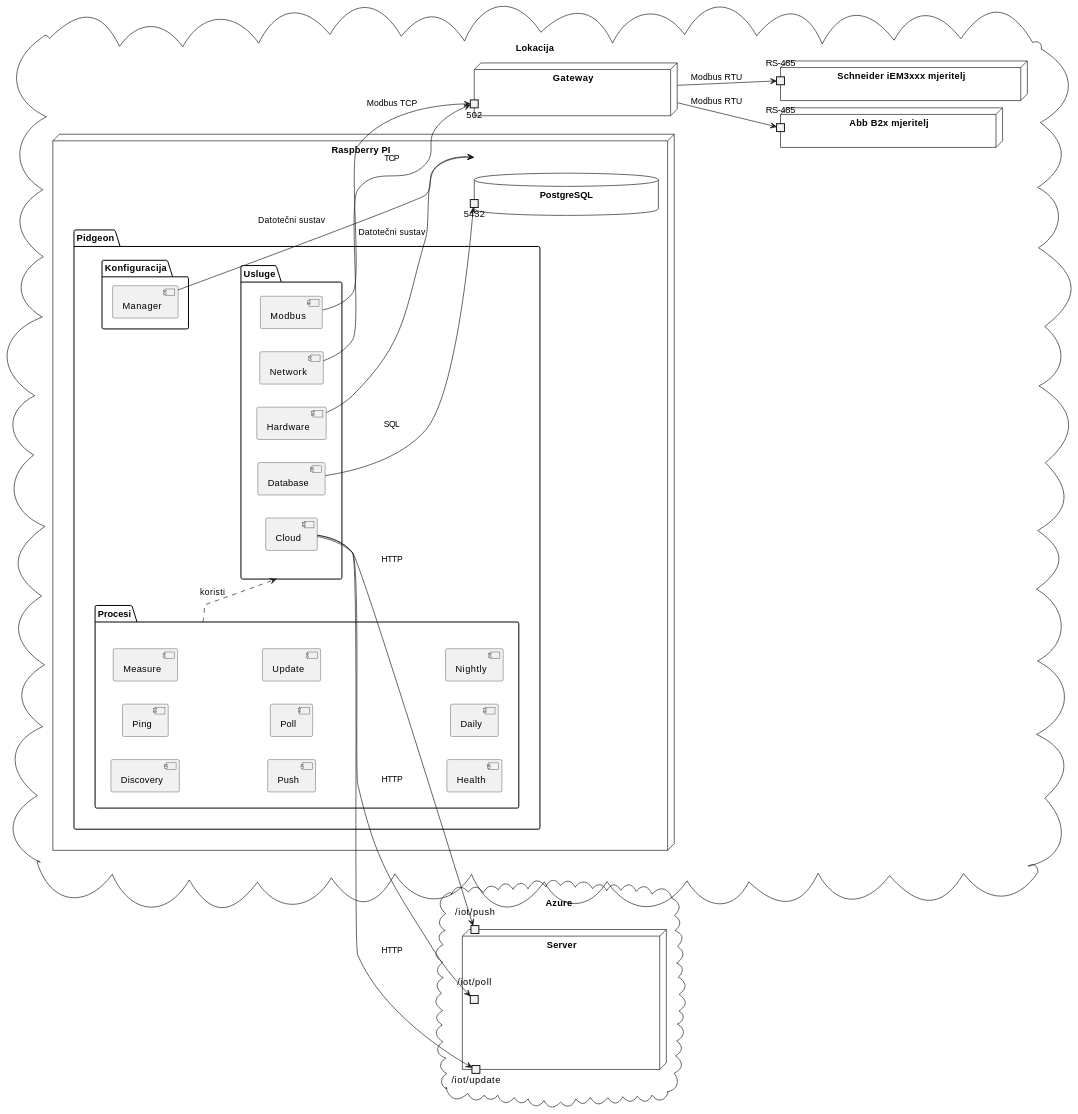
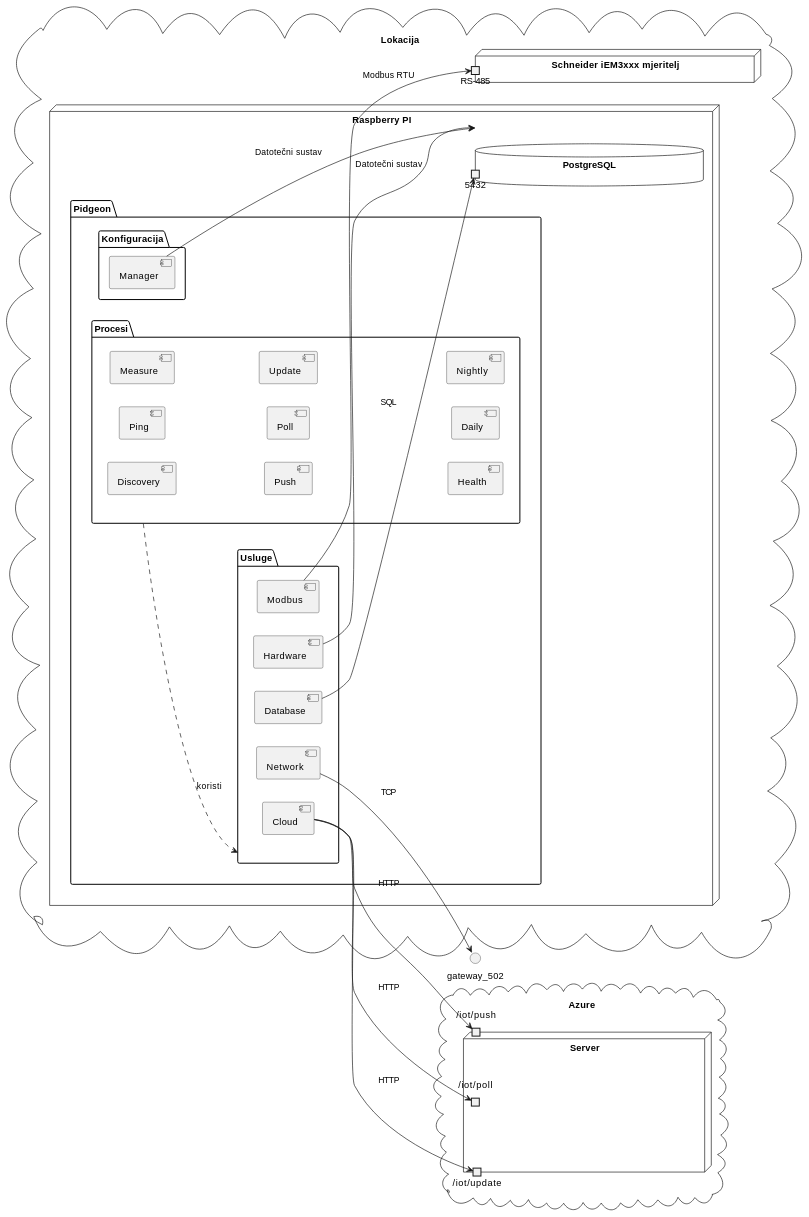
The diagram in docs/hr/src/architecture.md (altibiz/pidgeon), drawn with PlantUML before and after one commit.

````diff
--- a/docs/hr/src/architecture.md
+++ b/docs/hr/src/architecture.md
@@ -36,76 +36,65 @@
 ```plantuml
 @startuml
 
 left to right direction
 
 cloud "Lokacija" {
-  node "Abb B2x mjeritelj" as abb {
-    portin "RS-485" as abb_rs485
-  }
-
   node "Schneider iEM3xxx mjeritelj" as schneider {
     portin "RS-485" as schneider_rs485
-  }
-
-  node "Gateway" as gateway {
-    portin "502" as gateway_502
   }
 
   node "Raspberry PI" as rpi {
     package "Pidgeon" as pidgeon {
       package "Konfiguracija" as configuration {
         component Manager as config_manager
       }
 
       package Usluge as services {
         component Hardware as hardware_service
         component Network as network_service
         component Modbus as modbus_service
         component Database as database_service
         component Cloud as cloud_service
       }
 
       package Procesi as processes {
         component Discovery as discovery_process
         component Ping as ping_process
         component Measure as measure_process
         component Push as push_process
         component Poll as poll_process
         component Update as update_process
         component Health as health_process
         component Daily as daily_process
         component Nightly as nightly_process
       }
     }
 
     database "PostgreSQL" as postgres {
       portin 5432 as postgres_5432
     }
   }
 }
 
 cloud "Azure" as azure {
   node "Server" as server {
     portin "/iot/push" as server_push
     portin "/iot/poll" as server_poll
     portin "/iot/update" as server_update
   }
 }
 
-gateway --> abb_rs485 : "Modbus RTU"
-gateway --> schneider_rs485 : "Modbus RTU"
-
 config_manager --> rpi : "Datotečni sustav"
 
-modbus_service --> gateway_502 : "Modbus TCP"
+modbus_service --> schneider_rs485 : "Modbus RTU"
 database_service --> postgres_5432 : "SQL"
 hardware_service --> rpi : "Datotečni sustav"
 network_service --> gateway_502 : "TCP"
 cloud_service --> server_push : "HTTP"
 cloud_service --> server_poll : "HTTP"
 cloud_service --> server_update : "HTTP"
 
 processes ..> services : koristi
 
 @enduml
 ```
````
